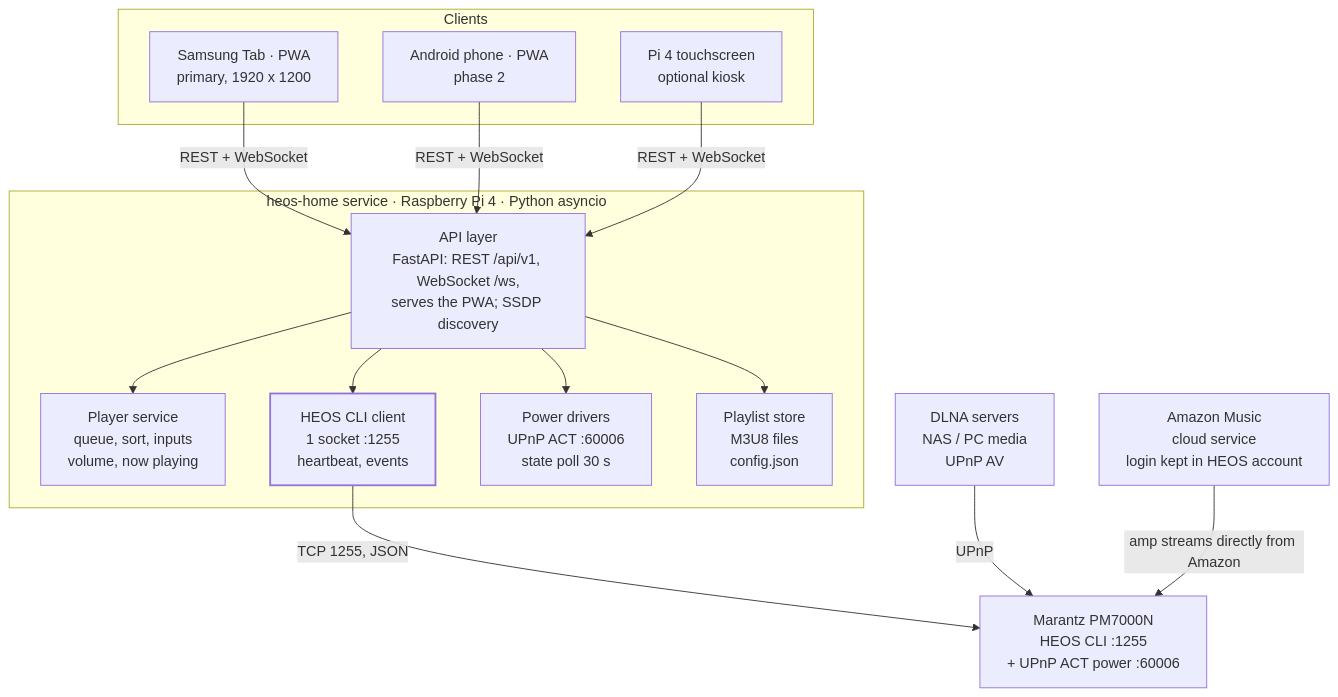
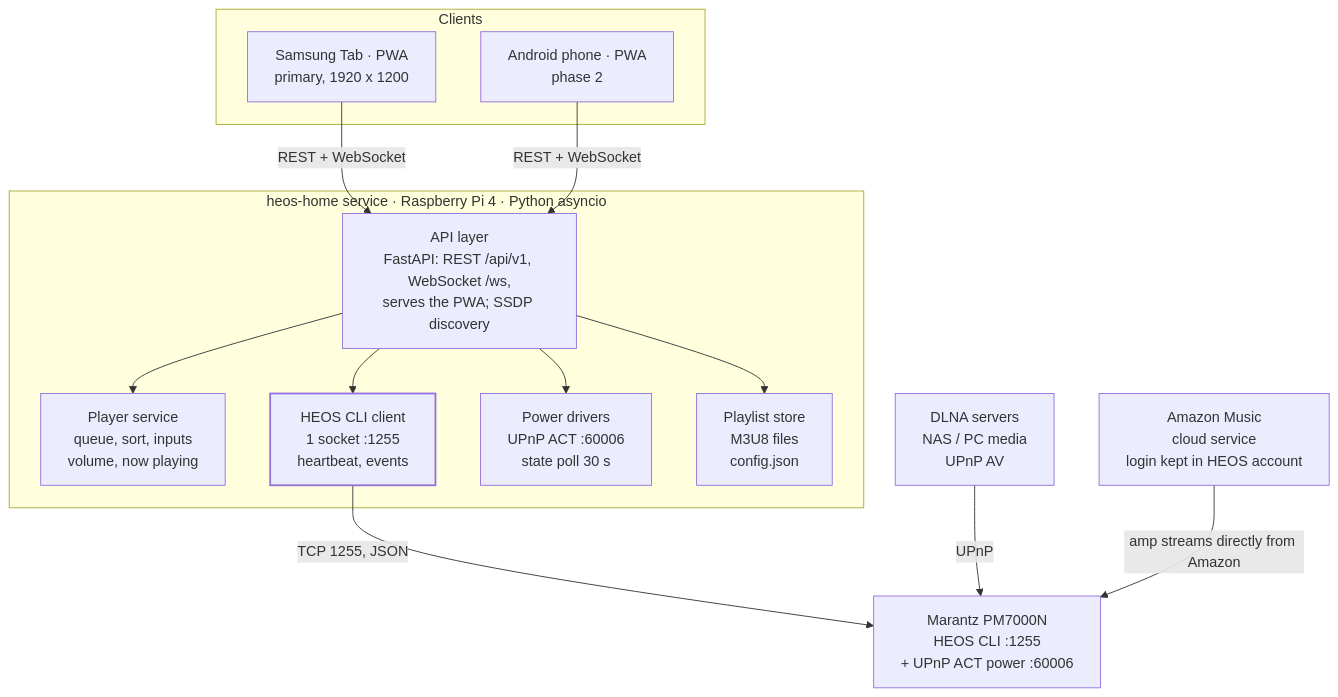
Before and after one commit to KDenisPi/heos: the diagram in HEOS-Home-Controller-Specification.md, drawn with Mermaid. The commit also changed other lines of this file and 7 other files, not shown here.

````diff
--- a/HEOS-Home-Controller-Specification.md
+++ b/HEOS-Home-Controller-Specification.md
@@ -49,26 +49,24 @@
 ```mermaid
 flowchart TB
   subgraph Clients
     T["Samsung Tab · PWA<br/>primary, 1920 x 1200"]
     P["Android phone · PWA<br/>phase 2"]
-    K["Pi 4 touchscreen<br/>optional kiosk"]
   end
   subgraph S["heos-home service · Raspberry Pi 4 · Python asyncio"]
     API["API layer<br/>FastAPI: REST /api/v1, WebSocket /ws,<br/>serves the PWA; SSDP discovery"]
     PL["Player service<br/>queue, sort, inputs<br/>volume, now playing"]
     CLI["HEOS CLI client<br/>1 socket :1255<br/>heartbeat, events"]
     PW["Power drivers<br/>UPnP ACT :60006<br/>state poll 30 s"]
     ST["Playlist store<br/>M3U8 files<br/>config.json"]
     API --> PL
     API --> CLI
     API --> PW
     API --> ST
   end
   T -->|REST + WebSocket| API
   P -->|REST + WebSocket| API
-  K -->|REST + WebSocket| API
   CLI -->|TCP 1255, JSON| AMP["Marantz PM7000N<br/>HEOS CLI :1255<br/>+ UPnP ACT power :60006"]
   DLNA["DLNA servers<br/>NAS / PC media<br/>UPnP AV"] -->|UPnP| AMP
   AM["Amazon Music<br/>cloud service<br/>login kept in HEOS account"] -->|amp streams directly from Amazon| AMP
   style CLI stroke-width:2px
 ```
````
